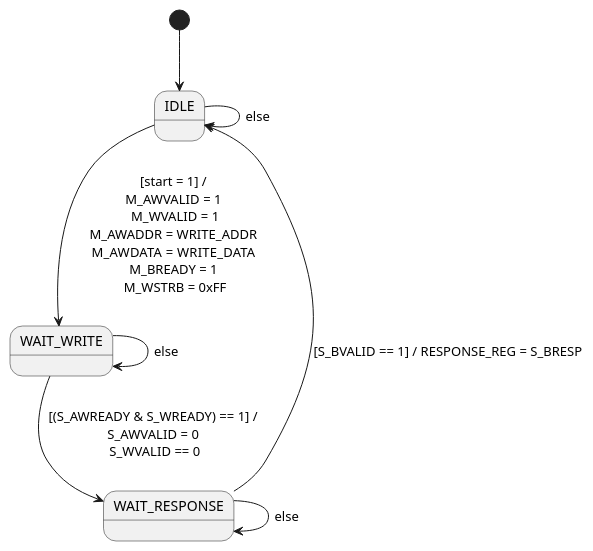
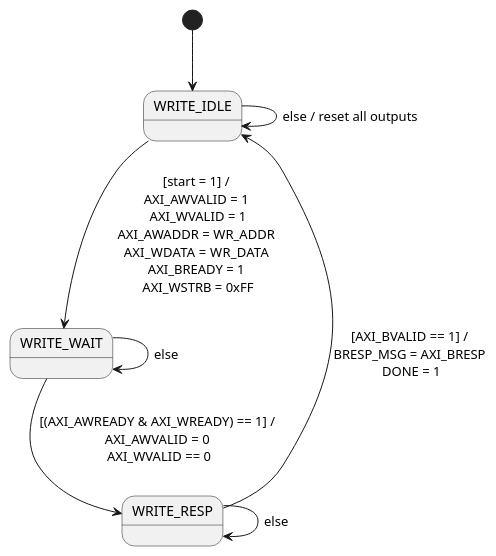
The diagram in doc/axi_lite_master_write_transaction.puml (danthonyt/dtcore32), drawn with PlantUML before and after one commit. The commit also changed 3 other files, not shown here.

```diff
--- a/doc/axi_lite_master_write_transaction.puml
+++ b/doc/axi_lite_master_write_transaction.puml
@@ -1,15 +1,15 @@
 @startuml MASTER_WRITE
-[*] --> IDLE
-IDLE --> IDLE : else
-IDLE --> WAIT_WRITE : [start = 1] / \nM_AWVALID = 1 \nM_WVALID = 1\
-\nM_AWADDR = WRITE_ADDR \nM_AWDATA = WRITE_DATA \nM_BREADY = 1 \nM_WSTRB = 0xFF
+[*] --> WRITE_IDLE
+WRITE_IDLE --> WRITE_IDLE : else / reset all outputs
+WRITE_IDLE --> WRITE_WAIT : [start = 1] / \nAXI_AWVALID = 1 \nAXI_WVALID = 1\
+\nAXI_AWADDR = WR_ADDR \nAXI_WDATA = WR_DATA \nAXI_BREADY = 1 \nAXI_WSTRB = 0xFF
 
-WAIT_WRITE --> WAIT_WRITE : else
-WAIT_WRITE --> WAIT_RESPONSE : [(S_AWREADY & S_WREADY) == 1] / \nS_AWVALID = 0 \nS_WVALID == 0
+WRITE_WAIT --> WRITE_WAIT : else
+WRITE_WAIT --> WRITE_RESP : [(AXI_AWREADY & AXI_WREADY) == 1] / \nAXI_AWVALID = 0 \nAXI_WVALID == 0
 
-WAIT_RESPONSE --> WAIT_RESPONSE : else
-WAIT_RESPONSE --> IDLE : [S_BVALID == 1] / RESPONSE_REG = S_BRESP
+WRITE_RESP --> WRITE_RESP : else
+WRITE_RESP --> WRITE_IDLE : [AXI_BVALID == 1] / \nBRESP_MSG = AXI_BRESP \nDONE = 1
 
 
 
 @enduml
```
